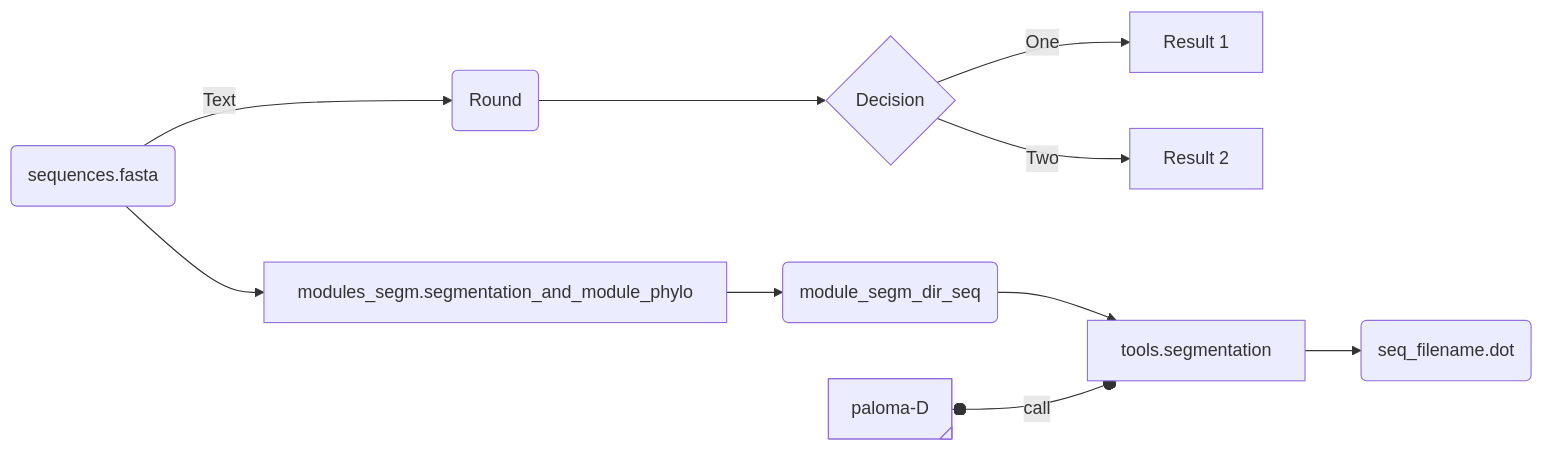
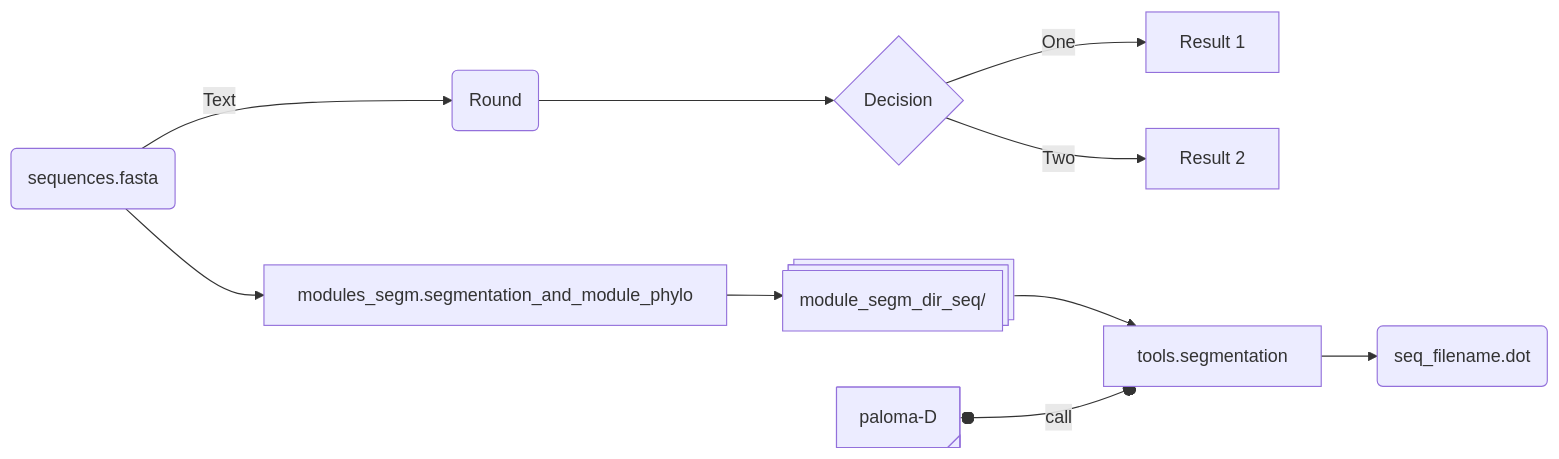
The diagram in README.md (OcMalde/fuse-phylotree), drawn with Mermaid before and after one commit.

Commit message:
readme mermaid test

````diff
--- a/README.md
+++ b/README.md
@@ -19,17 +19,17 @@
 ```mermaid
 flowchart LR
 
 A[Hard] -->|Text| B(Round)
 B --> C{Decision}
 C -->|One| D[Result 1]
 C -->|Two| E[Result 2]
 
 
 
 A(sequences.fasta) --> m1[modules_segm.segmentation_and_module_phylo]
-m1 --> m2(module_segm_dir_seq)
+m1 --> m2@{ shape: processes, label: "module_segm_dir_seq/" }
 m2 --> m3[tools.segmentation]
 m5@{ shape: tag-rect, label: "paloma-D" } o--o|call| m3
 m3 --> m4(seq_filename.dot)
 
 ```
````
